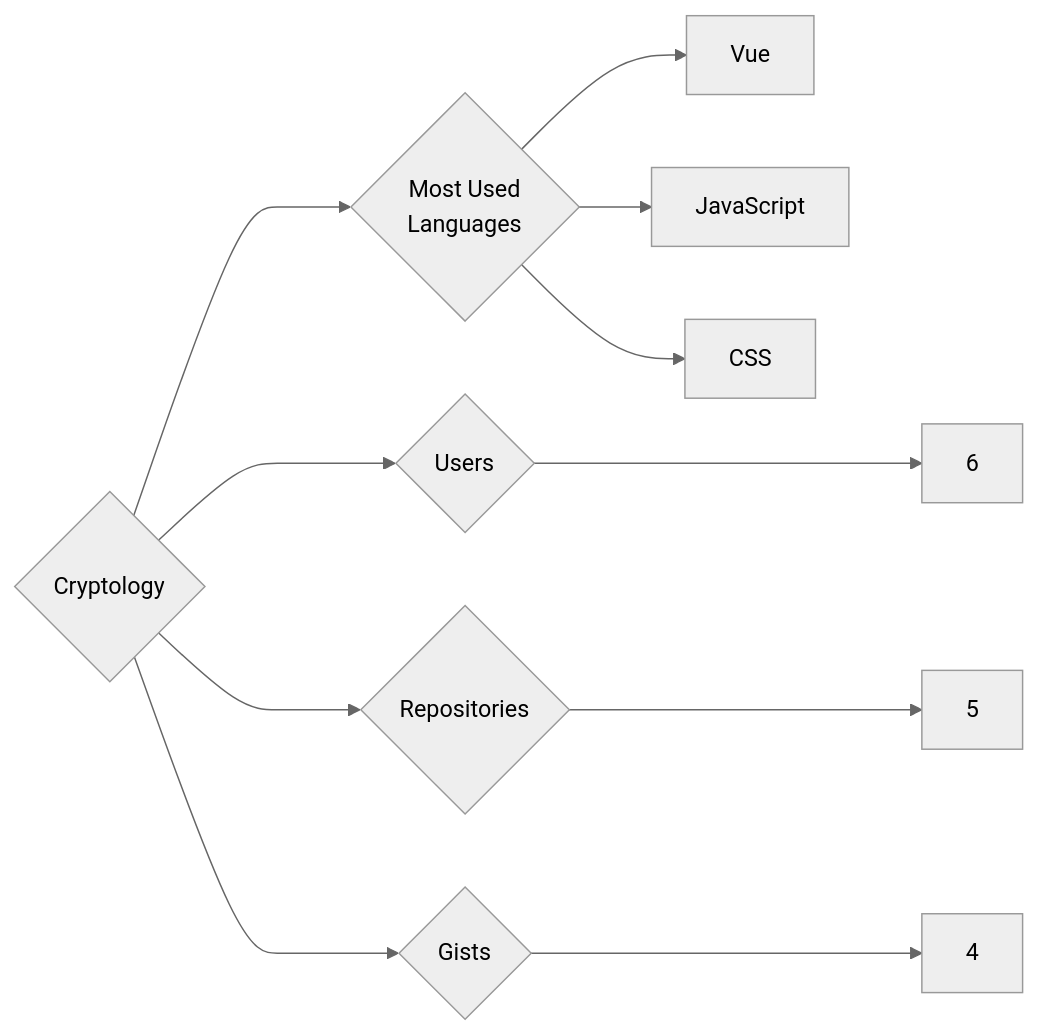
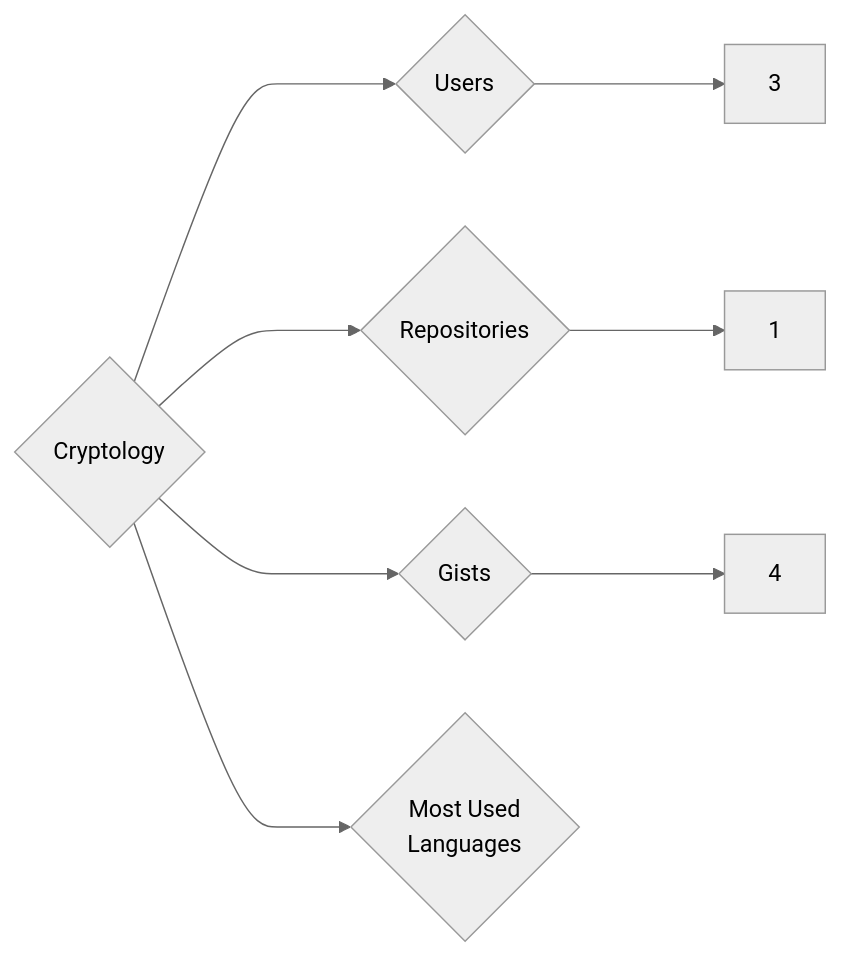
One commit to trickest/insiders changed the diagram in targets/Cryptology/README.md. Above: the diagram before and after it, drawn with Mermaid (neutral theme). The commit also changed 1055 other files, not shown here.

````diff
--- a/targets/Cryptology/README.md
+++ b/targets/Cryptology/README.md
@@ -3,11 +3,8 @@
 ```mermaid
 graph LR
 COMPANY_NAME{Cryptology}
-COMPANY_NAME ---> U{Users} ---> UN[6]
-COMPANY_NAME ---> R{Repositories} ---> RN[5]
+COMPANY_NAME ---> U{Users} ---> UN[3]
+COMPANY_NAME ---> R{Repositories} ---> RN[1]
 COMPANY_NAME ---> G{Gists} ---> GN[4]
 COMPANY_NAME ---> ML{Most Used<br>Languages}
-ML --> Vue[Vue]
-ML --> JavaScript[JavaScript]
-ML --> CSS[CSS]
 ```
````
